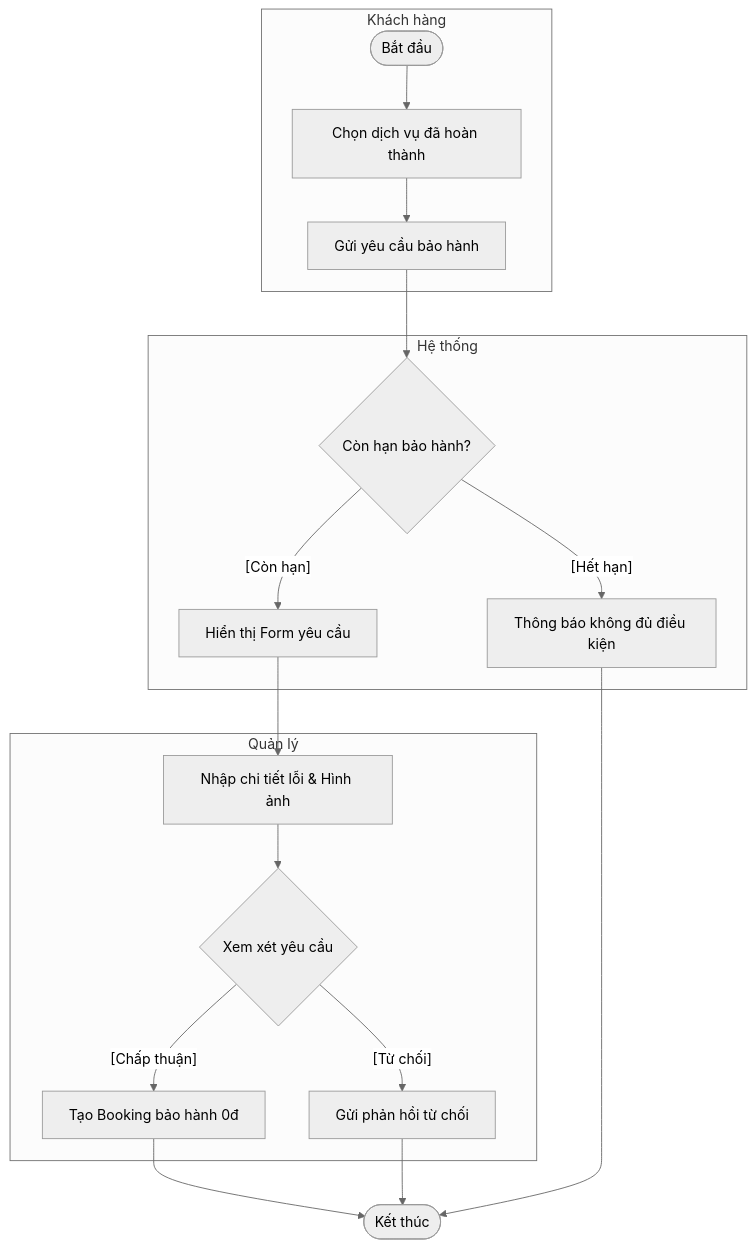
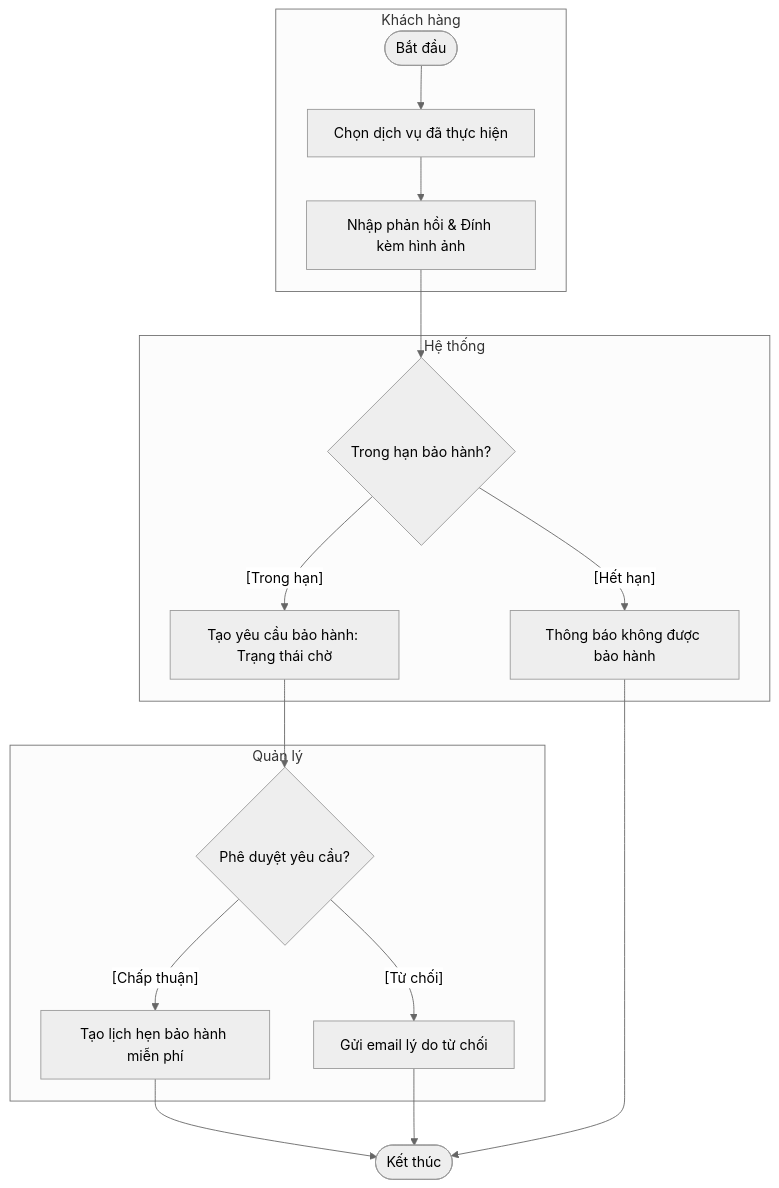
Before and after one commit to ngoctinn/Synapse: the fifth of 10 diagrams in docs/design/activity_diagrams.md, drawn with Mermaid (neutral theme). The commit also changed other lines of this file and 6 other files, not shown here.

Commit message:
docs: Add initial design documentation covering use cases, data specifications, and various system diagrams.

````diff
--- a/docs/design/activity_diagrams.md
+++ b/docs/design/activity_diagrams.md
@@ -132,25 +133,23 @@
 ```mermaid
 flowchart TD
     subgraph KhachHang ["Khách hàng"]
-        Start([Bắt đầu]) --> SelectService[Chọn dịch vụ đã hoàn thành]
-        SelectService --> RequestWarranty[Gửi yêu cầu bảo hành]
+        Start([Bắt đầu]) --> Detail[Chọn dịch vụ đã thực hiện]
+        Detail --> SubmitReq[Nhập phản hồi & Đính kèm hình ảnh]
     end
 
     subgraph HeThong ["Hệ thống"]
-        RequestWarranty --> Eligibility{Còn hạn bảo hành?}
-        Eligibility -- "[Hết hạn]" --> Ineligible[Thông báo không đủ điều kiện]
-        Eligibility -- "[Còn hạn]" --> ShowForm[Hiển thị Form yêu cầu]
+        SubmitReq --> CheckWarranty{Trong hạn bảo hành?}
+        CheckWarranty -- "[Hết hạn]" --> NotifyExpired[Thông báo không được bảo hành]
+        CheckWarranty -- "[Trong hạn]" --> CreateTicket[Tạo yêu cầu bảo hành: Trạng thái chờ]
     end
 
     subgraph QuanLy ["Quản lý"]
-        ShowForm --> InputDetail[Nhập chi tiết lỗi & Hình ảnh]
-        InputDetail --> Review{Xem xét yêu cầu}
-
-        Review -- "[Từ chối]" --> Reject[Gửi phản hồi từ chối]
-        Review -- "[Chấp thuận]" --> Approve[Tạo Booking bảo hành 0đ]
+        CreateTicket --> ReviewTicket{Phê duyệt yêu cầu?}
+        ReviewTicket -- "[Chấp thuận]" --> GrantWarranty[Tạo lịch hẹn bảo hành miễn phí]
+        ReviewTicket -- "[Từ chối]" --> RefuseWarranty[Gửi email lý do từ chối]
     end
 
-    Approve --> End([Kết thúc])
-    Reject --> End
-    Ineligible --> End
+    GrantWarranty --> End([Kết thúc])
+    RefuseWarranty --> End
+    NotifyExpired --> End
 ```
````
